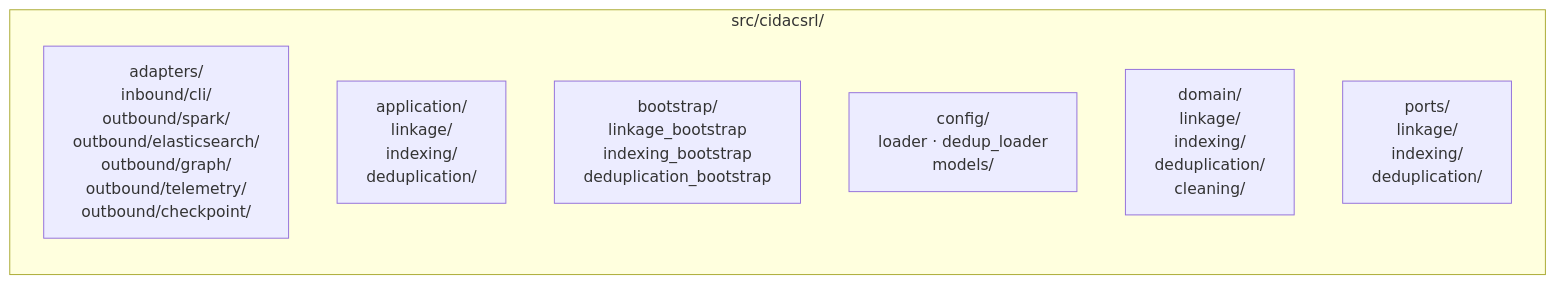
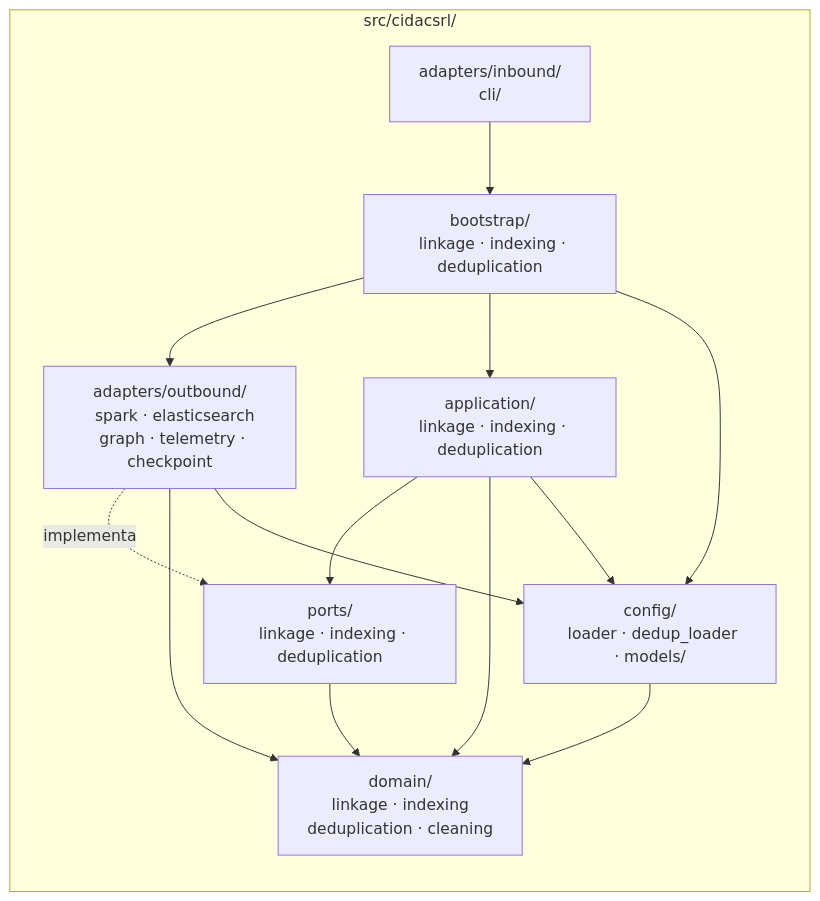
One commit to rafael-romao/cidacsrl changed the third of 4 diagrams in docs/architecture/overview.md. Above: the diagram before and after it, drawn with Mermaid. The commit also changed other lines of this file and 1 other file, not shown here.

Commit message:
docs: fix diagram

````diff
--- a/docs/architecture/overview.md
+++ b/docs/architecture/overview.md
@@ -90,12 +91,26 @@
 ```mermaid
 flowchart LR
     subgraph SRC["src/cidacsrl/"]
         direction TB
-        PKG_A["adapters/\n  inbound/cli/\n  outbound/spark/\n  outbound/elasticsearch/\n  outbound/graph/\n  outbound/telemetry/\n  outbound/checkpoint/"]
-        PKG_B["application/\n  linkage/\n  indexing/\n  deduplication/"]
-        PKG_C["bootstrap/\n  linkage_bootstrap\n  indexing_bootstrap\n  deduplication_bootstrap"]
-        PKG_D["config/\n  loader · dedup_loader\n  models/"]
-        PKG_E["domain/\n  linkage/\n  indexing/\n  deduplication/\n  cleaning/"]
-        PKG_F["ports/\n  linkage/\n  indexing/\n  deduplication/"]
+        PKG_IN["adapters/inbound/\n  cli/"]
+        PKG_OUT["adapters/outbound/\n  spark · elasticsearch\n  graph · telemetry · checkpoint"]
+        PKG_B["application/\n  linkage · indexing · deduplication"]
+        PKG_C["bootstrap/\n  linkage · indexing · deduplication"]
+        PKG_D["config/\n  loader · dedup_loader · models/"]
+        PKG_E["domain/\n  linkage · indexing\n  deduplication · cleaning"]
+        PKG_F["ports/\n  linkage · indexing · deduplication"]
     end
+
+    PKG_IN --> PKG_C
+    PKG_C --> PKG_OUT
+    PKG_C --> PKG_B
+    PKG_C --> PKG_D
+    PKG_B --> PKG_F
+    PKG_B --> PKG_E
+    PKG_B --> PKG_D
+    PKG_OUT -.->|"implementa"| PKG_F
+    PKG_OUT --> PKG_E
+    PKG_OUT --> PKG_D
+    PKG_F --> PKG_E
+    PKG_D --> PKG_E
 ```
````
